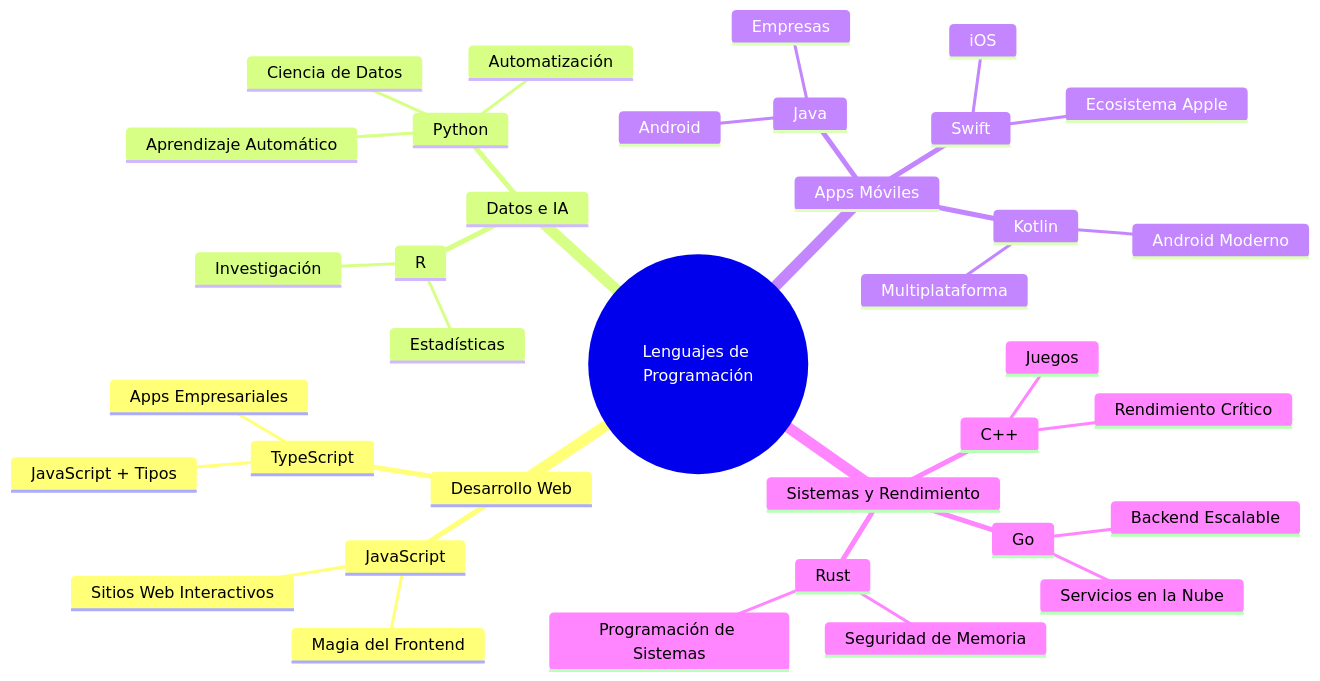
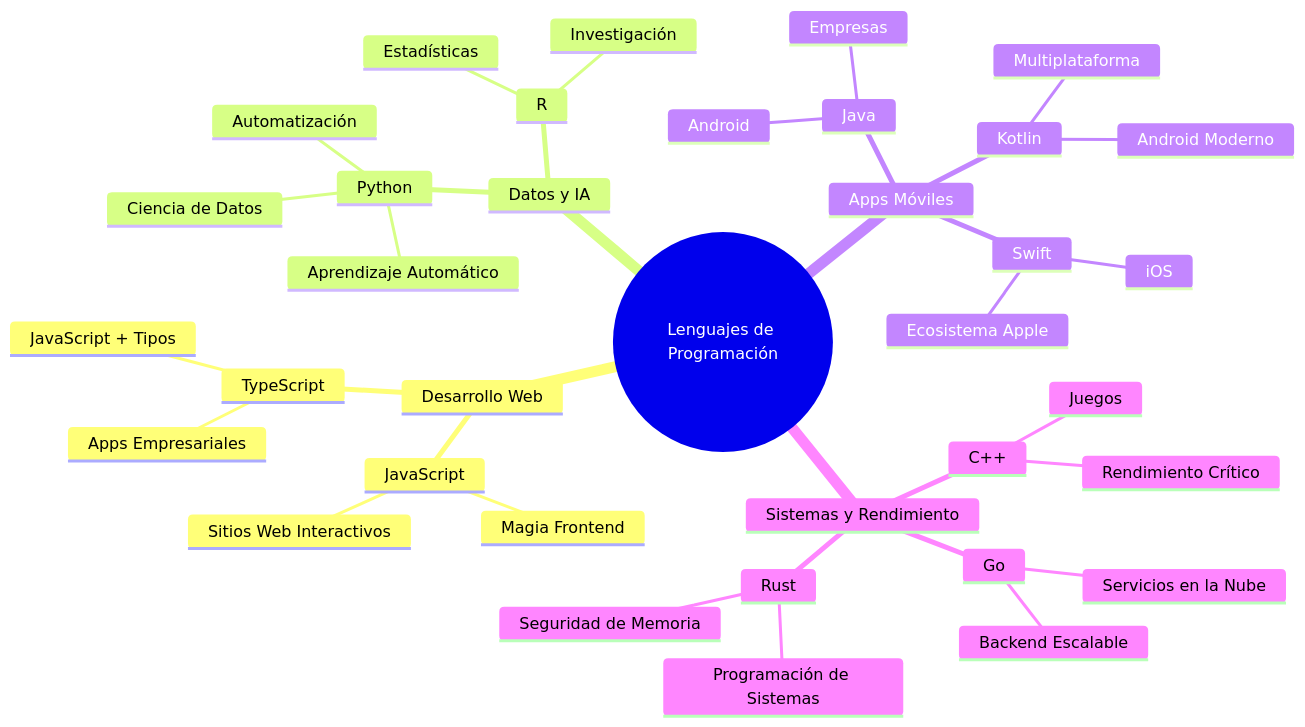
Before and after one commit to microsoft/Web-Dev-For-Beginners: the second of 7 diagrams in translations/es/1-getting-started-lessons/1-intro-to-programming-languages/README.md, drawn with Mermaid. The commit also changed other lines of this file and 8 other files, not shown here.

````diff
--- a/translations/es/1-getting-started-lessons/1-intro-to-programming-languages/README.md
+++ b/translations/es/1-getting-started-lessons/1-intro-to-programming-languages/README.md
@@ -85,39 +85,39 @@
 ```mermaid
 mindmap
   root((Lenguajes de Programación))
     Desarrollo Web
       JavaScript
-        Magia del Frontend
+        Magia Frontend
         Sitios Web Interactivos
       TypeScript
         JavaScript + Tipos
         Apps Empresariales
-    Datos e IA
+    Datos y IA
       Python
         Ciencia de Datos
         Aprendizaje Automático
         Automatización
       R
         Estadísticas
         Investigación
     Apps Móviles
       Java
         Android
         Empresas
       Swift
         iOS
         Ecosistema Apple
       Kotlin
         Android Moderno
         Multiplataforma
     Sistemas y Rendimiento
       C++
         Juegos
         Rendimiento Crítico
       Rust
         Seguridad de Memoria
         Programación de Sistemas
       Go
         Servicios en la Nube
         Backend Escalable
 ```
````
